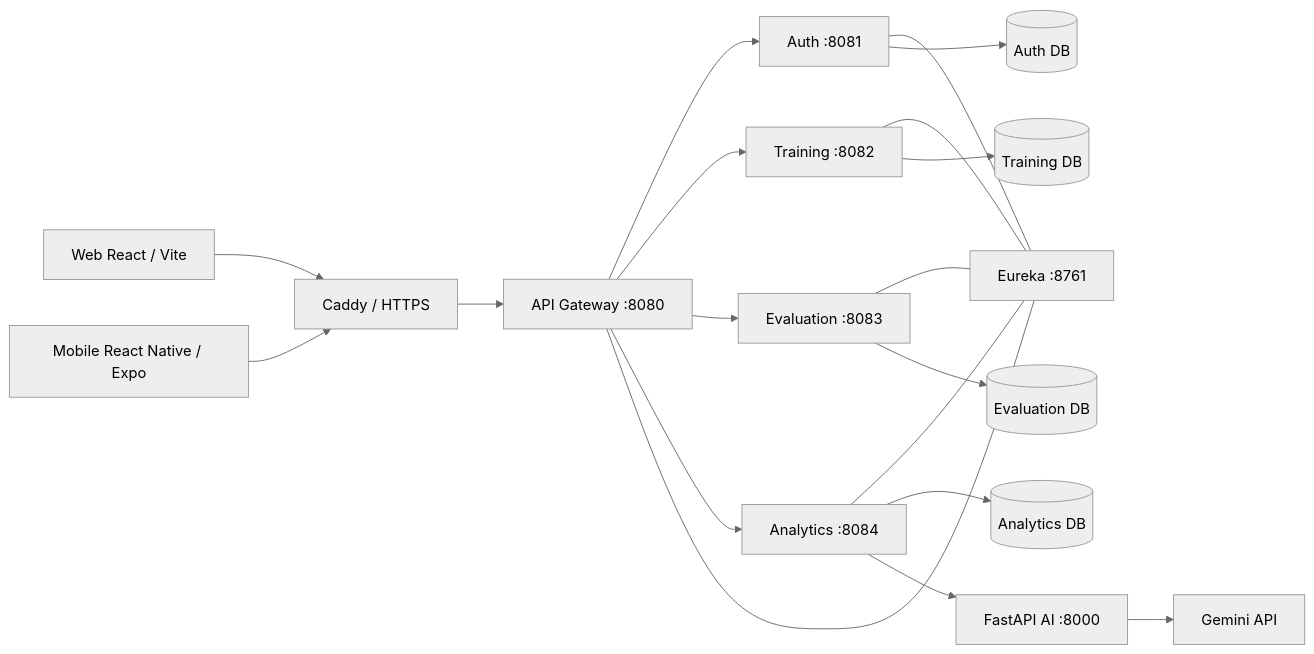
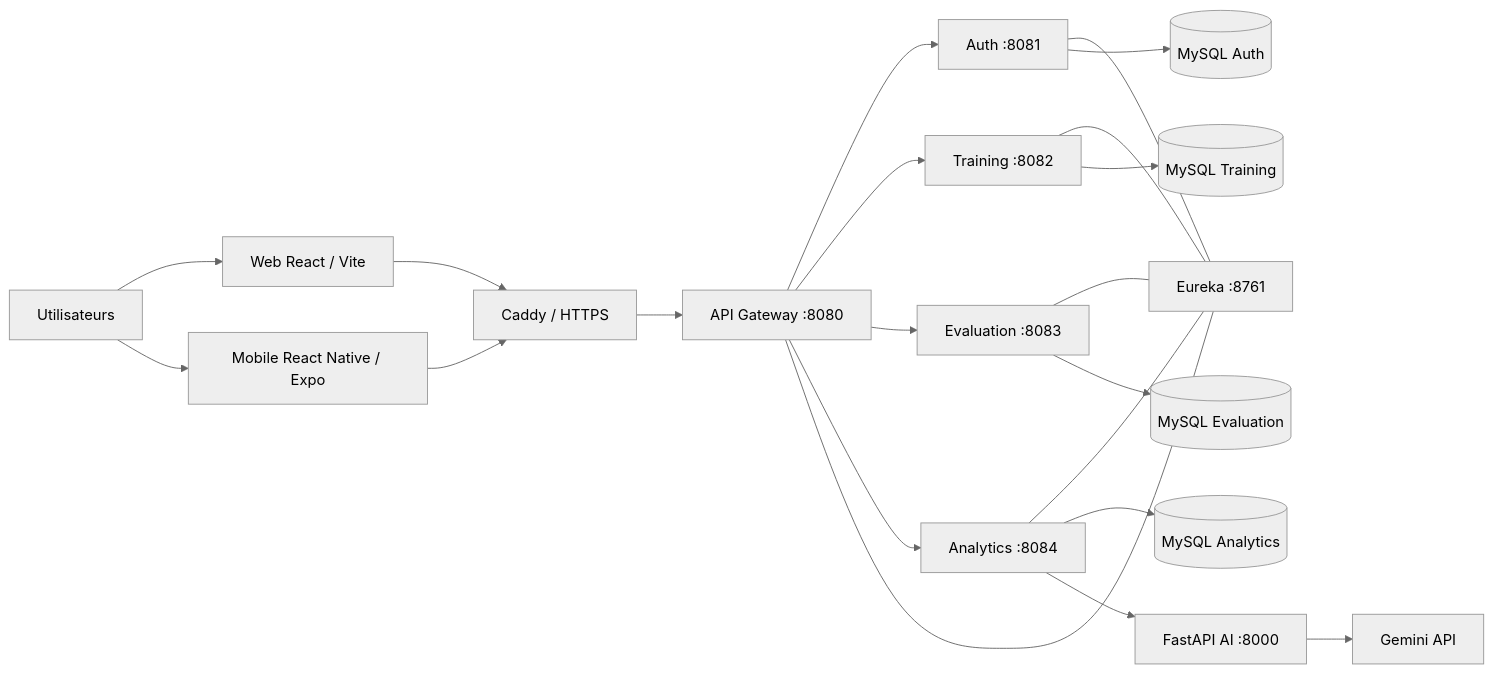
The diagram in README.md (Ayman09K/SmartTrainingLMS), drawn with Mermaid (neutral theme) before and after one commit. The commit also changed other lines of this file, not shown here.

````diff
--- a/README.md
+++ b/README.md
@@ -50,43 +103,28 @@
 ```mermaid
 flowchart LR
-    WEB[Web React / Vite]
-    MOB[Mobile React Native / Expo]
-    CADDY[Caddy / HTTPS]
-    GW[API Gateway :8080]
-    EUREKA[Eureka :8761]
+    U[Utilisateurs] --> WEB[Web React / Vite]
+    U --> MOB[Mobile React Native / Expo]
 
-    AUTH[Auth :8081]
-    TRAIN[Training :8082]
-    EVAL[Evaluation :8083]
-    ANALYTICS[Analytics :8084]
-    AI[FastAPI AI :8000]
-    GEMINI[Gemini API]
+    WEB --> CADDY[Caddy / HTTPS]
+    MOB --> CADDY
+    CADDY --> GW[API Gateway :8080]
 
-    AUTHDB[(Auth DB)]
-    TRAINDB[(Training DB)]
-    EVALDB[(Evaluation DB)]
-    ANALYTICSDB[(Analytics DB)]
+    GW --> AUTH[Auth :8081]
+    GW --> TRAIN[Training :8082]
+    GW --> EVAL[Evaluation :8083]
+    GW --> ANALYTICS[Analytics :8084]
 
-    WEB --> CADDY
-    MOB --> CADDY
-    CADDY --> GW
-
-    GW --> AUTH
-    GW --> TRAIN
-    GW --> EVAL
-    GW --> ANALYTICS
-
-    AUTH --- EUREKA
+    AUTH --- EUREKA[Eureka :8761]
     TRAIN --- EUREKA
     EVAL --- EUREKA
     ANALYTICS --- EUREKA
     GW --- EUREKA
 
-    AUTH --> AUTHDB
-    TRAIN --> TRAINDB
-    EVAL --> EVALDB
-    ANALYTICS --> ANALYTICSDB
+    AUTH --> AUTHDB[(MySQL Auth)]
+    TRAIN --> TRAINDB[(MySQL Training)]
+    EVAL --> EVALDB[(MySQL Evaluation)]
+    ANALYTICS --> ANALYTICSDB[(MySQL Analytics)]
 
-    ANALYTICS --> AI
-    AI --> GEMINI
+    ANALYTICS --> AI[FastAPI AI :8000]
+    AI --> GEMINI[Gemini API]
 ```
````
